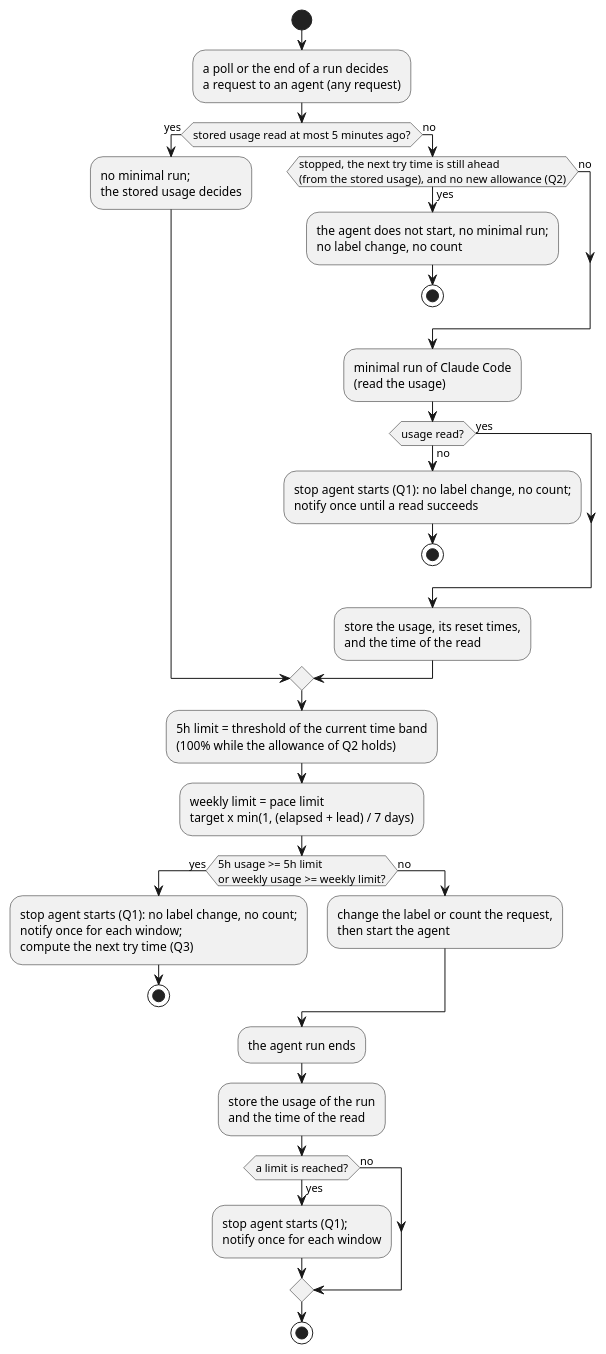
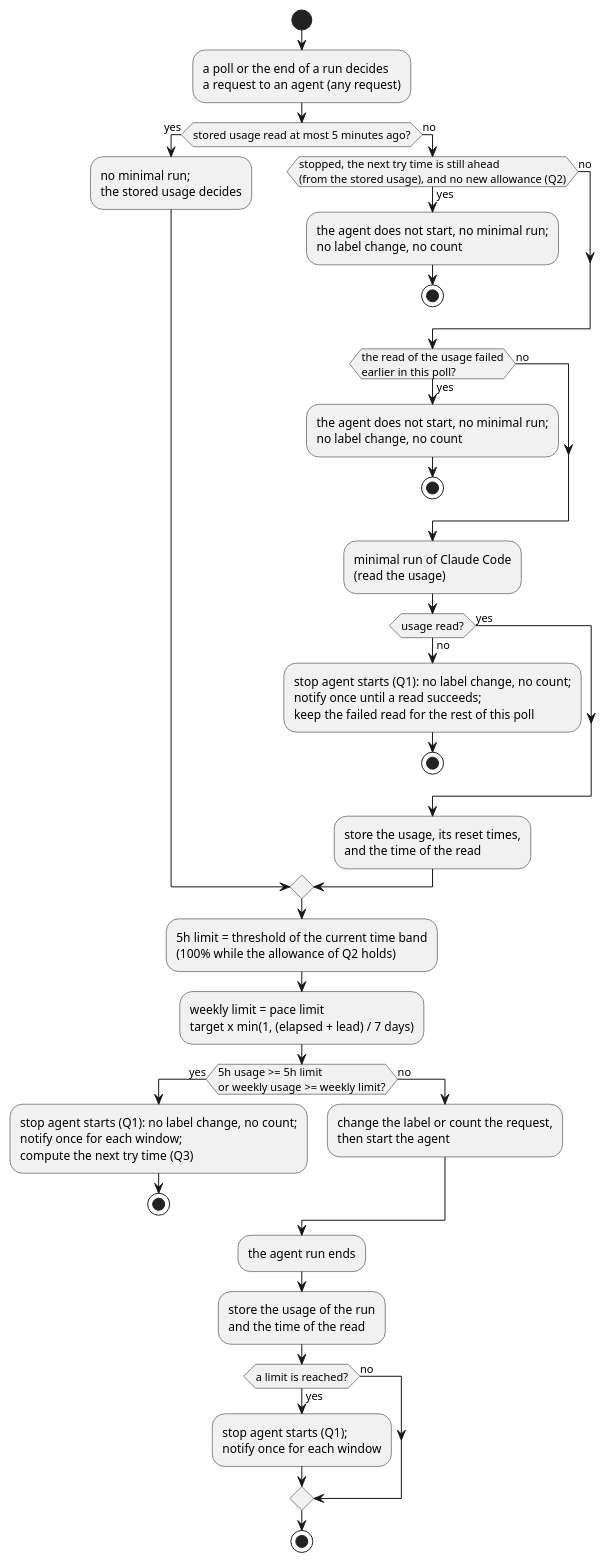
The diagram in docs/ja/designs/quota-start.puml (cloveclovedev/cumin-works), drawn with PlantUML before and after one commit. The commit also changed 5 other files, not shown here.

First line of the commit message:
feat(workflow): keep a failed read of the quota usage for the rest of the poll (#586)

```diff
--- a/docs/ja/designs/quota-start.puml
+++ b/docs/ja/designs/quota-start.puml
@@ -1,41 +1,46 @@
 @startuml quota-start
 ' cumin works - the quota check before every start of an agent and after a run.
 ' Document: quota.md, section on the check before a start.
 ' Render: run scripts/render-diagrams.sh at the root of the repository.
 skinparam shadowing false
 skinparam defaultFontName sans-serif
 
 start
 :a poll or the end of a run decides\na request to an agent (any request);
 if (stored usage read at most 5 minutes ago?) then (yes)
   :no minimal run;\nthe stored usage decides;
 else (no)
 if (stopped, the next try time is still ahead\n(from the stored usage), and no new allowance (Q2)) then (yes)
   :the agent does not start, no minimal run;\nno label change, no count;
   stop
 else (no)
 endif
+if (the read of the usage failed\nearlier in this poll?) then (yes)
+  :the agent does not start, no minimal run;\nno label change, no count;
+  stop
+else (no)
+endif
 :minimal run of Claude Code\n(read the usage);
 if (usage read?) then (no)
-  :stop agent starts (Q1): no label change, no count;\nnotify once until a read succeeds;
+  :stop agent starts (Q1): no label change, no count;\nnotify once until a read succeeds;\nkeep the failed read for the rest of this poll;
   stop
 else (yes)
 endif
 :store the usage, its reset times,\nand the time of the read;
 endif
 :5h limit = threshold of the current time band\n(100% while the allowance of Q2 holds);
 :weekly limit = pace limit\ntarget x min(1, (elapsed + lead) / 7 days);
 if (5h usage >= 5h limit\nor weekly usage >= weekly limit?) then (yes)
   :stop agent starts (Q1): no label change, no count;\nnotify once for each window;\ncompute the next try time (Q3);
   stop
 else (no)
   :change the label or count the request,\nthen start the agent;
 endif
 :the agent run ends;
 :store the usage of the run\nand the time of the read;
 if (a limit is reached?) then (yes)
   :stop agent starts (Q1);\nnotify once for each window;
 else (no)
 endif
 stop
 @enduml
```
